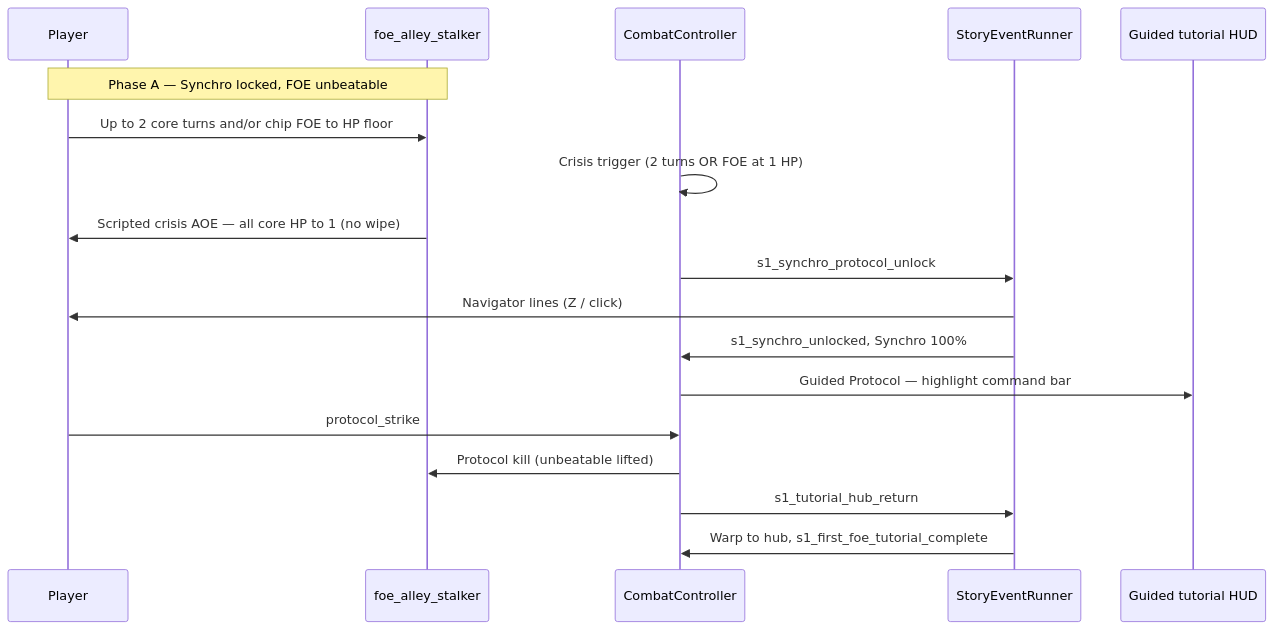
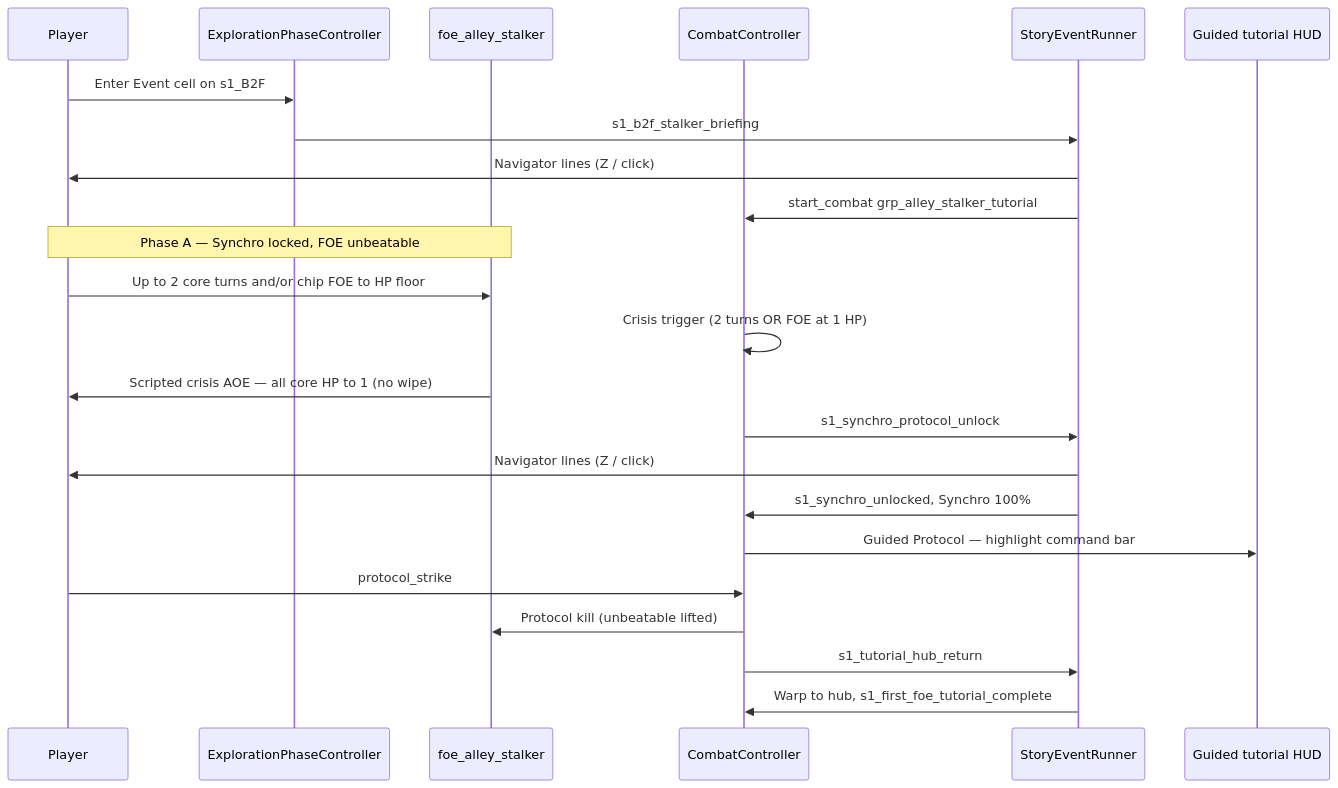
The diagram in docs/02-systems/story-events.md (miramocha/griddungeon-design-docs), drawn with Mermaid before and after one commit. The commit also changed other lines of this file and 16 other files, not shown here.

````diff
--- a/docs/02-systems/story-events.md
+++ b/docs/02-systems/story-events.md
@@ -81,21 +99,26 @@
 ```mermaid
 sequenceDiagram
   participant P as Player
+  participant EP as ExplorationPhaseController
   participant FOE as foe_alley_stalker
   participant CC as CombatController
   participant VN as StoryEventRunner
   participant HUD as Guided tutorial HUD
 
+  P->>EP: Enter Event cell on s1_B2F
+  EP->>VN: s1_b2f_stalker_briefing
+  VN->>P: Navigator lines (Z / click)
+  VN->>CC: start_combat grp_alley_stalker_tutorial
   Note over P,FOE: Phase A — Synchro locked, FOE unbeatable
   P->>FOE: Up to 2 core turns and/or chip FOE to HP floor
   CC->>CC: Crisis trigger (2 turns OR FOE at 1 HP)
   FOE->>P: Scripted crisis AOE — all core HP to 1 (no wipe)
   CC->>VN: s1_synchro_protocol_unlock
   VN->>P: Navigator lines (Z / click)
   VN->>CC: s1_synchro_unlocked, Synchro 100%
   CC->>HUD: Guided Protocol — highlight command bar
   P->>CC: protocol_strike
   CC->>FOE: Protocol kill (unbeatable lifted)
   CC->>VN: s1_tutorial_hub_return
   VN->>CC: Warp to hub, s1_first_foe_tutorial_complete
 ```
````
